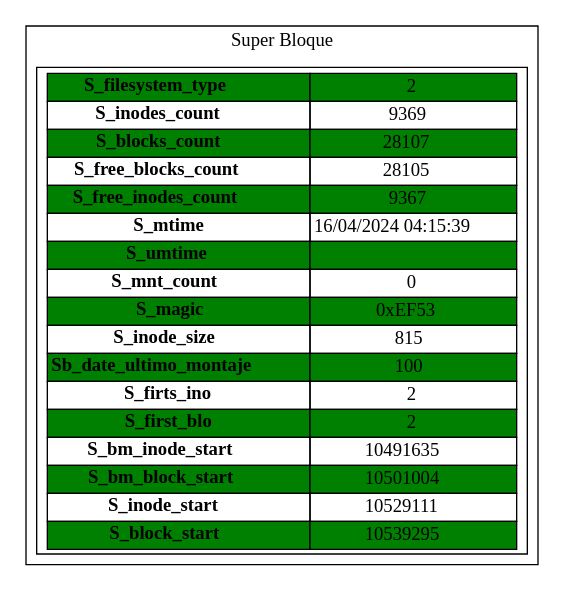
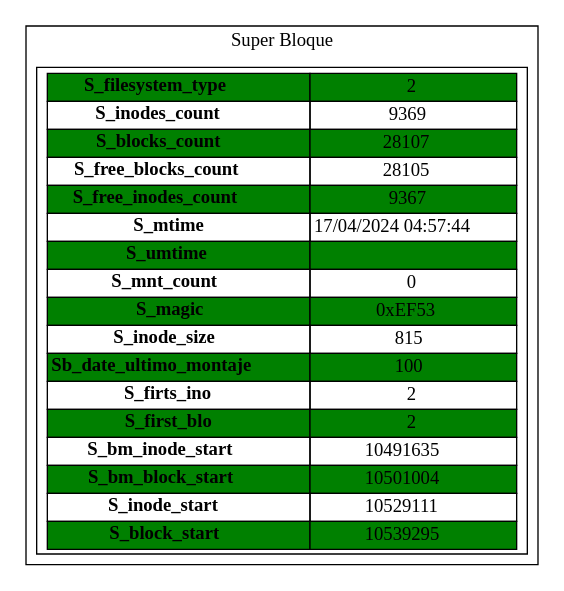
One commit to NatalyDuarte/MIA_P2_202001570 changed the diagram in Backend/Super.dot. Above: the diagram before and after it, drawn with Graphviz. The commit also changed 21 other files, not shown here.

```diff
--- a/Backend/Super.dot
+++ b/Backend/Super.dot
@@ -1,24 +1,24 @@
 digraph G{
 subgraph cluster{
 label="Super Bloque"
 tbl[shape=box,label=<
 <table border='0' cellborder='1' cellspacing='0' width='300'  height='200' >
 <tr> <td bgcolor="green"><b>S_filesystem_type </b></td><td bgcolor="green">2</td> </tr>*<tr><td><b>S_inodes_count </b></td><td>9369</td> </tr>
 <tr><td bgcolor="green"><b>S_blocks_count </b></td><td bgcolor="green">28107</td> </tr>
 <tr><td><b>S_free_blocks_count</b></td><td>28105</td> </tr>
 <tr><td bgcolor="green"><b>S_free_inodes_count</b></td><td bgcolor="green">9367</td> </tr>
-<tr><td><b>S_mtime</b></td><td>16/04/2024 04:15:39</td> </tr>
+<tr><td><b>S_mtime</b></td><td>17/04/2024 04:57:44</td> </tr>
 <tr><td bgcolor="green"><b>S_umtime</b></td><td bgcolor="green"></td> </tr>
 <tr><td><b>S_mnt_count</b></td><td>0</td> </tr>
 <tr><td bgcolor="green"><b>S_magic</b></td><td bgcolor="green">0xEF53</td> </tr>
 <tr><td><b>S_inode_size</b></td><td>815</td> </tr>
 <tr><td bgcolor="green"><b>Sb_date_ultimo_montaje</b></td><td bgcolor="green">100</td> </tr>
 <tr><td><b>S_firts_ino</b></td><td>2</td> </tr>
 <tr><td bgcolor="green"><b>S_first_blo</b></td><td bgcolor="green">2</td> </tr>
 <tr><td><b>S_bm_inode_start</b></td><td>10491635</td> </tr>
 <tr><td bgcolor="green"><b>S_bm_block_start</b></td><td bgcolor="green">10501004</td> </tr>
 <tr><td><b>S_inode_start</b></td><td>10529111</td> </tr>
 <tr><td bgcolor="green"><b>S_block_start</b></td><td bgcolor="green">10539295</td> </tr>
 </table>
 >];
 }}
```
